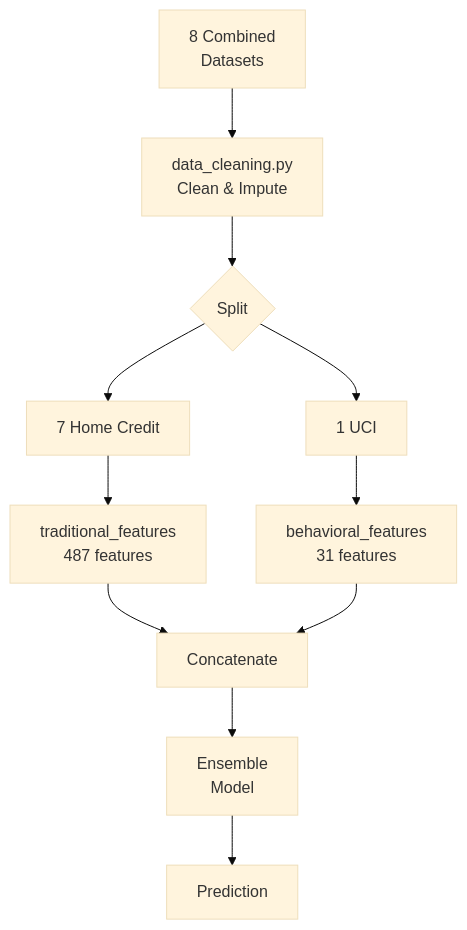
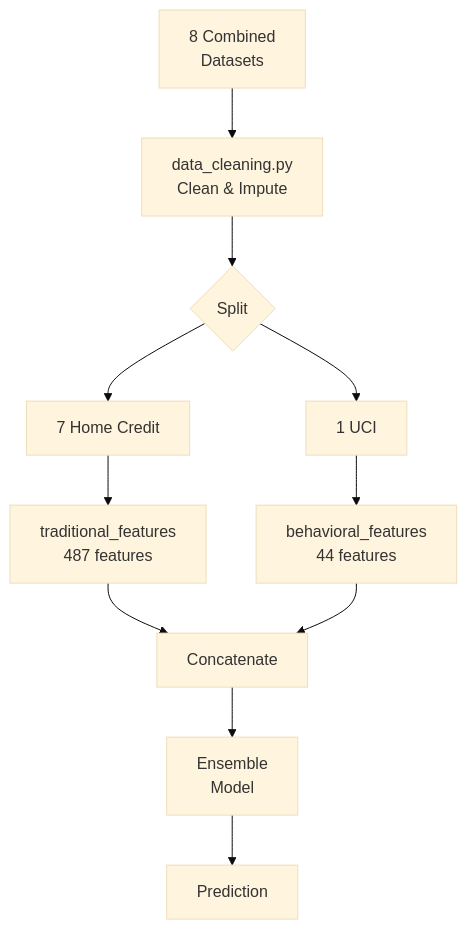
The fourth of 10 diagrams in ARCHITECTURE_GUIDE_COMPACT.md (walterzenia/A-smart-Loan-default-hybrid-system), drawn with Mermaid (base theme) before and after one commit. The commit also changed other lines of this file and 9 other files, not shown here.

Commit message:
Fix documentation: Correct Traditional model (487 features from 7 datasets) and Behavioral model (44 features: 23 base + 21 engineered) feature counts across all documentation files

````diff
--- a/ARCHITECTURE_GUIDE_COMPACT.md
+++ b/ARCHITECTURE_GUIDE_COMPACT.md
@@ -84,17 +84,17 @@
 ```mermaid
 graph TB
     A[8 Combined<br/>Datasets] --> Clean[data_cleaning.py<br/>Clean & Impute]
     Clean --> Split{Split}
 
     Split --> T[7 Home Credit]
     Split --> B[1 UCI]
 
     T --> TE[traditional_features<br/>487 features]
-    B --> BE[behavioral_features<br/>31 features]
+    B --> BE[behavioral_features<br/>44 features]
 
     TE --> C[Concatenate]
     BE --> C
 
     C --> M[Ensemble<br/>Model]
     M --> P[Prediction]
 ```
````
